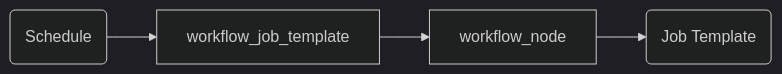
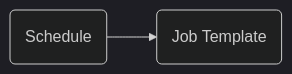
The first of 3 diagrams in knowledge base/awx.md (mcereda/oam), drawn with Mermaid (dark theme) before and after one commit. The commit also changed other lines of this file, not shown here.

````diff
--- a/knowledge base/awx.md
+++ b/knowledge base/awx.md
@@ -898,7 +908,7 @@
 ```mermaid
 flowchart LR
   job_template("Job Template")
   schedule("Schedule")
 
-  schedule --> workflow_job_template --> workflow_node --> job_template
+  schedule --> job_template
 ```
````
